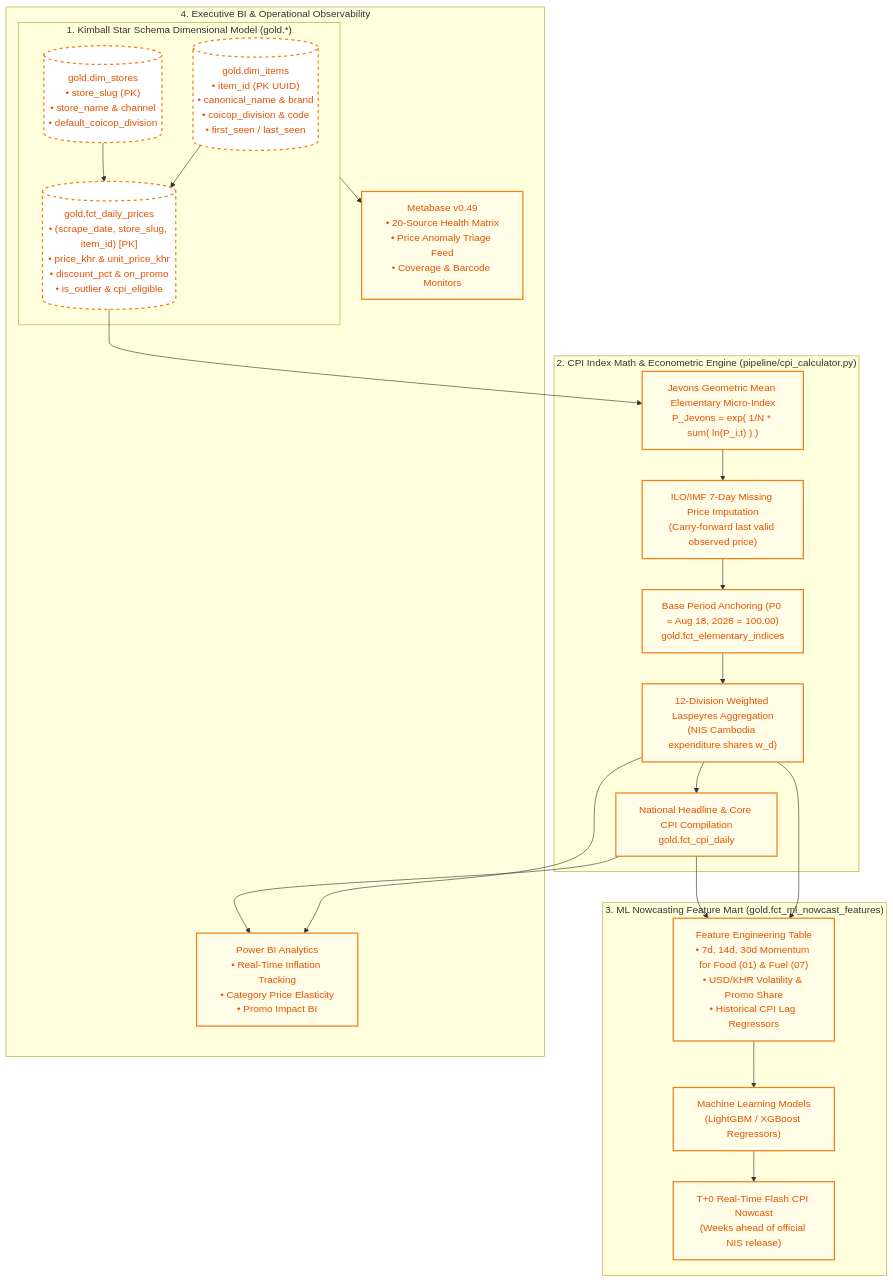
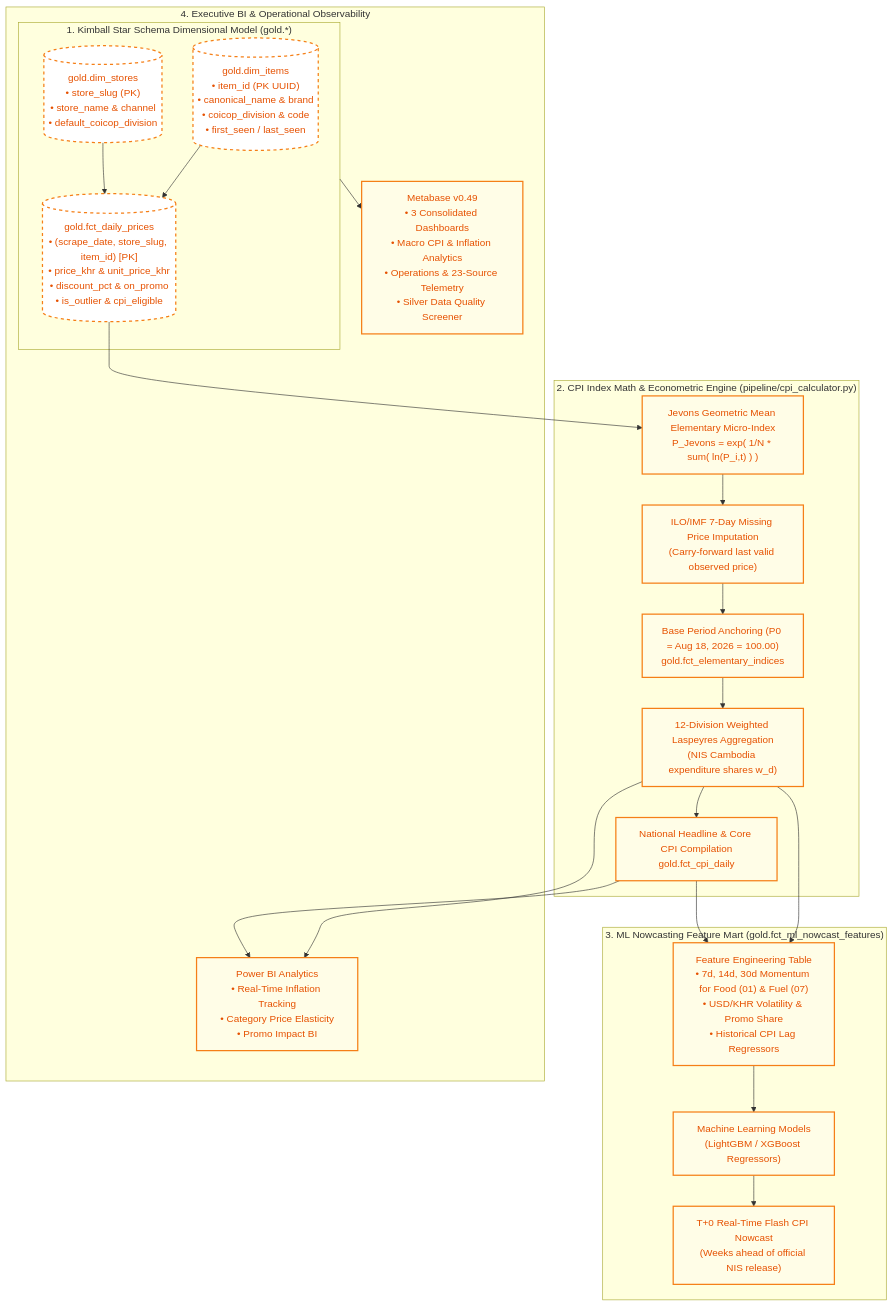
The fourth of 4 diagrams in docs/ARCHITECTURE_DIAGRAMS.md (Korngmeng-Taing/Cambodia-cpi-pipeline), drawn with Mermaid before and after one commit. The commit also changed other lines of this file and 59 other files, not shown here.

Commit message:
feat: integrate GrabMart scrapers, purge unused tables, consolidate 3 Metabase dashboards, and update docs

````diff
--- a/docs/ARCHITECTURE_DIAGRAMS.md
+++ b/docs/ARCHITECTURE_DIAGRAMS.md
@@ -155,35 +155,35 @@
 ```mermaid
 flowchart TD
     subgraph StarSchema["1. Kimball Star Schema Dimensional Model (gold.*)"]
         G_DIM1[("gold.dim_items\n• item_id (PK UUID)\n• canonical_name & brand\n• coicop_division & code\n• first_seen / last_seen")]
         G_DIM2[("gold.dim_stores\n• store_slug (PK)\n• store_name & channel\n• default_coicop_division")]
         G_FACT[("gold.fct_daily_prices\n• (scrape_date, store_slug, item_id) [PK]\n• price_khr & unit_price_khr\n• discount_pct & on_promo\n• is_outlier & cpi_eligible")]
         
         G_DIM1 --> G_FACT
         G_DIM2 --> G_FACT
     end
 
     subgraph IndexEngine["2. CPI Index Math & Econometric Engine (pipeline/cpi_calculator.py)"]
         G_FACT --> M1["Jevons Geometric Mean Elementary Micro-Index\nP_Jevons = exp( 1/N * sum( ln(P_i,t) ) )"]
         M1 --> M2["ILO/IMF 7-Day Missing Price Imputation\n(Carry-forward last valid observed price)"]
         M2 --> M3["Base Period Anchoring (P0 = Aug 18, 2026 = 100.00)\ngold.fct_elementary_indices"]
         M3 --> M4["12-Division Weighted Laspeyres Aggregation\n(NIS Cambodia expenditure shares w_d)"]
         M4 --> M5["National Headline & Core CPI Compilation\ngold.fct_cpi_daily"]
     end
 
     subgraph FeatureStore["3. ML Nowcasting Feature Mart (gold.fct_ml_nowcast_features)"]
         M4 & M5 --> F1["Feature Engineering Table\n• 7d, 14d, 30d Momentum for Food (01) & Fuel (07)\n• USD/KHR Volatility & Promo Share\n• Historical CPI Lag Regressors"]
         F1 --> F2["Machine Learning Models\n(LightGBM / XGBoost Regressors)"]
         F2 --> F3["T+0 Real-Time Flash CPI Nowcast\n(Weeks ahead of official NIS release)"]
     end
 
     subgraph Serving["4. Executive BI & Operational Observability"]
         M4 & M5 --> B1["Power BI Analytics\n• Real-Time Inflation Tracking\n• Category Price Elasticity\n• Promo Impact BI"]
-        StarSchema --> B2["Metabase v0.49\n• 20-Source Health Matrix\n• Price Anomaly Triage Feed\n• Coverage & Barcode Monitors"]
+        StarSchema --> B2["Metabase v0.49\n• 3 Consolidated Dashboards\n• Macro CPI & Inflation Analytics\n• Operations & 23-Source Telemetry\n• Silver Data Quality Screener"]
     end
 
     classDef gldBox fill:#fffde7,stroke:#f57f17,stroke-width:2px,color:#e65100;
     classDef gldTable fill:#ffffff,stroke:#f57f17,stroke-width:2px,stroke-dasharray: 5 5,color:#e65100;
     class M1,M2,M3,M4,M5,F1,F2,F3,B1,B2 gldBox;
     class G_DIM1,G_DIM2,G_FACT gldTable;
 ```
````
